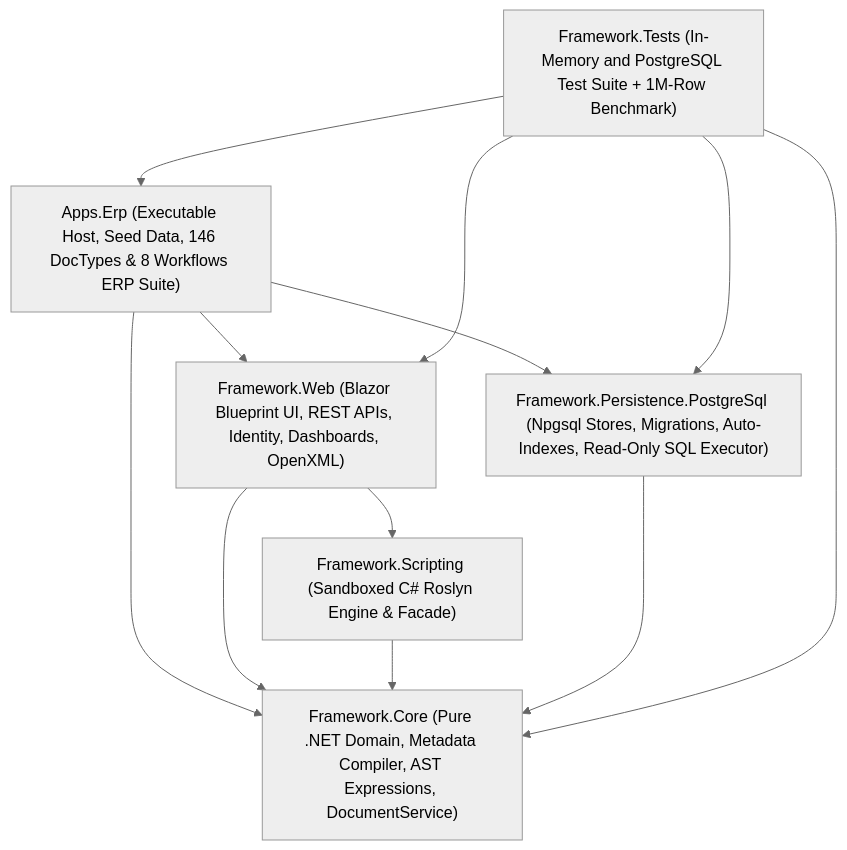
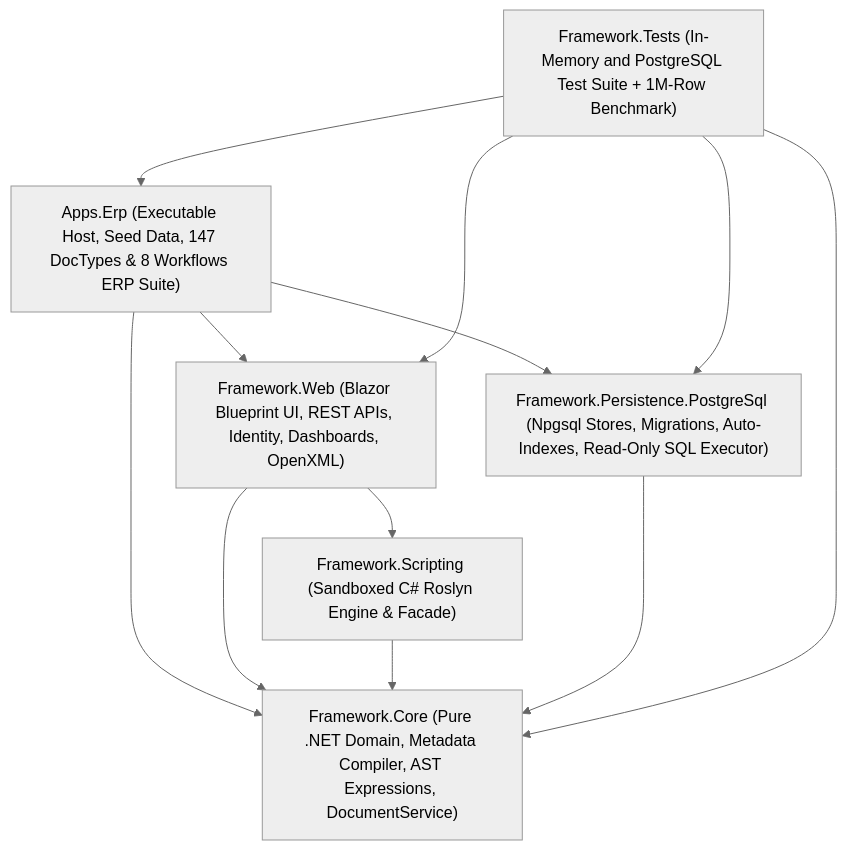
The second of 2 diagrams in docs/PROJECT_STRUCTURE.md (frogframework-admin/frogframe), drawn with Mermaid (neutral theme) before and after one commit. The commit also changed other lines of this file and 69 other files, not shown here.

````diff
--- a/docs/PROJECT_STRUCTURE.md
+++ b/docs/PROJECT_STRUCTURE.md
@@ -140,21 +140,21 @@
 ```mermaid
 graph TD
-    Erp["Apps.Erp (Executable Host, Seed Data, 146 DocTypes & 8 Workflows ERP Suite)"]
+    Erp["Apps.Erp (Executable Host, Seed Data, 147 DocTypes & 8 Workflows ERP Suite)"]
     Web["Framework.Web (Blazor Blueprint UI, REST APIs, Identity, Dashboards, OpenXML)"]
     Script["Framework.Scripting (Sandboxed C# Roslyn Engine & Facade)"]
     Pg["Framework.Persistence.PostgreSql (Npgsql Stores, Migrations, Auto-Indexes, Read-Only SQL Executor)"]
     Core["Framework.Core (Pure .NET Domain, Metadata Compiler, AST Expressions, DocumentService)"]
     Tests["Framework.Tests (In-Memory and PostgreSQL Test Suite + 1M-Row Benchmark)"]
 
     Erp --> Web
     Erp --> Pg
     Erp --> Core
     Web --> Script
     Web --> Core
     Script --> Core
     Pg --> Core
     Tests --> Erp
     Tests --> Web
     Tests --> Pg
     Tests --> Core
 ```
````
